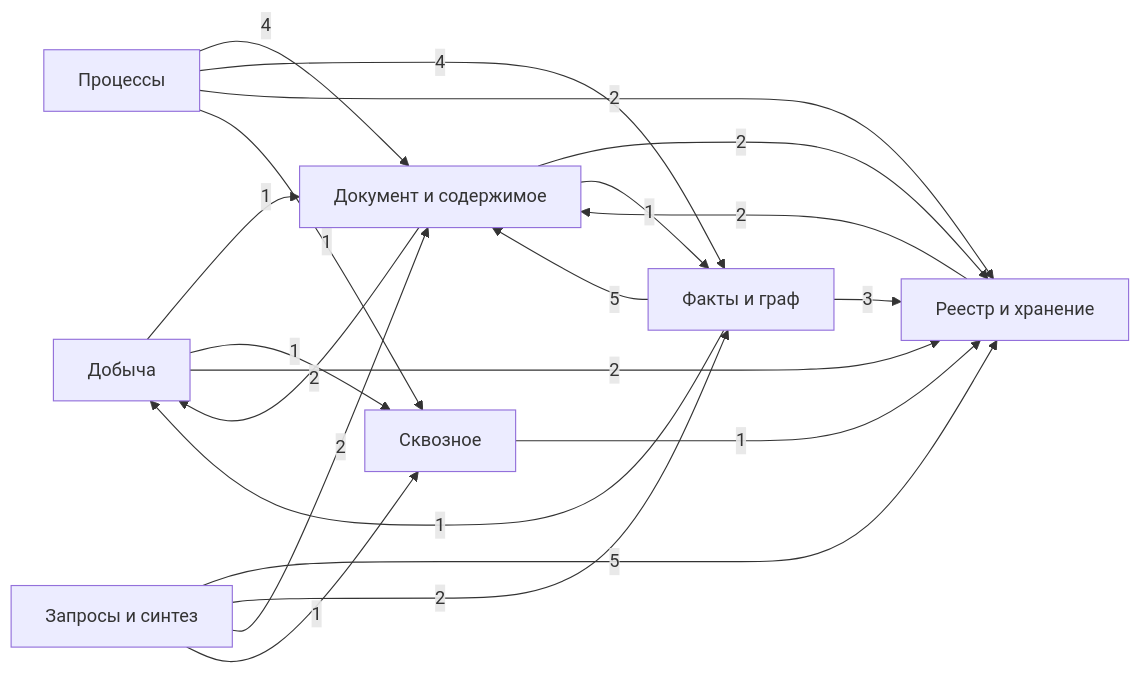
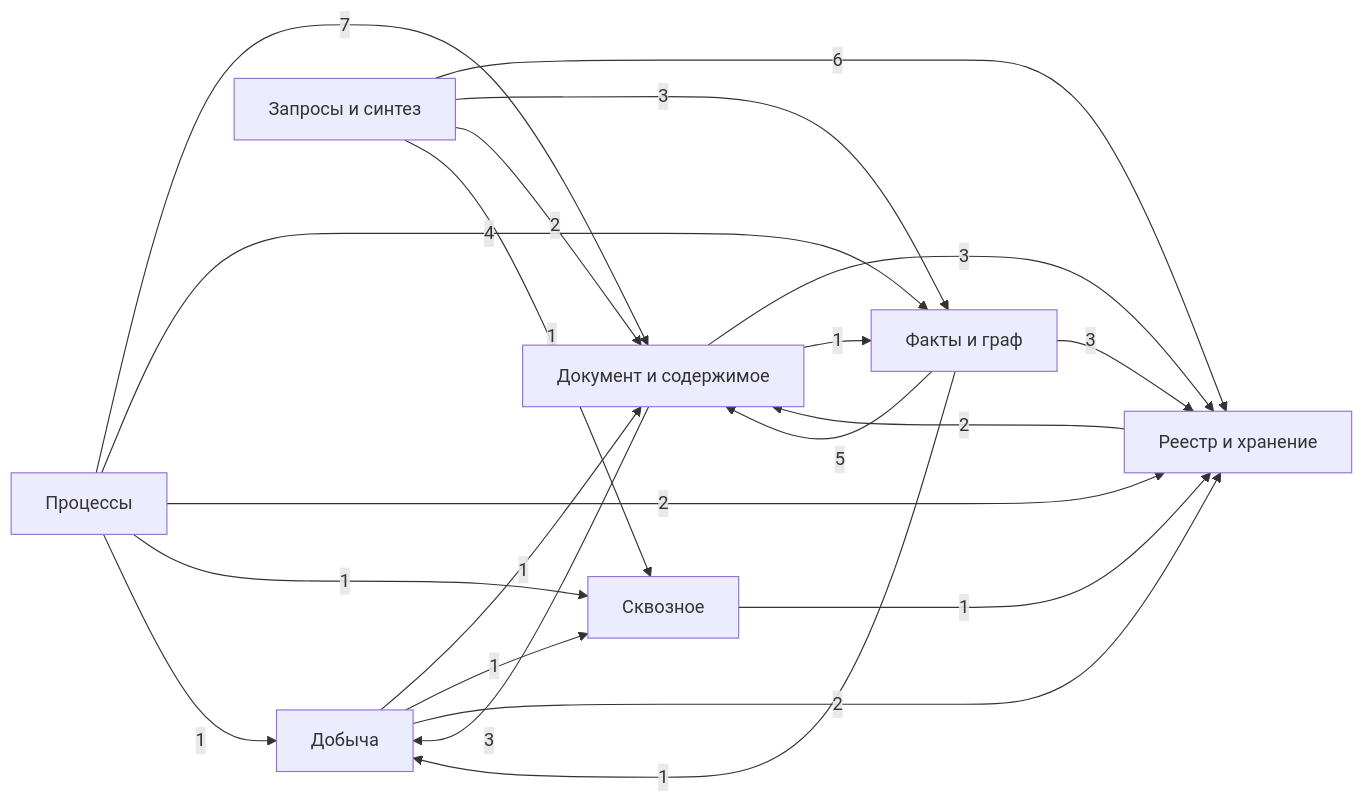
Before and after one commit to HelgDemidov/PretRAGa: the second of 10 diagrams in docs/system_design/design_truth/entity_map.md, drawn with Mermaid. The commit also changed other lines of this file and 11 other files, not shown here.

````diff
--- a/docs/system_design/design_truth/entity_map.md
+++ b/docs/system_design/design_truth/entity_map.md
@@ -15,29 +137,30 @@
 ```mermaid
 flowchart LR
     acquisition["Добыча"]
     content["Документ и содержимое"]
     facts_graph["Факты и граф"]
     storage["Реестр и хранение"]
     processes["Процессы"]
     query_synthesis["Запросы и синтез"]
     cross_cutting["Сквозное"]
     acquisition -- "1" --> content
     acquisition -- "1" --> cross_cutting
-    content -- "2" --> acquisition
-    content -- "2" --> storage
+    content -- "3" --> acquisition
+    content -- "3" --> storage
     content -- "1" --> facts_graph
     facts_graph -- "5" --> content
     facts_graph -- "1" --> acquisition
     facts_graph -- "3" --> storage
     acquisition -- "2" --> storage
     storage -- "2" --> content
-    processes -- "4" --> content
+    processes -- "7" --> content
     processes -- "4" --> facts_graph
     processes -- "2" --> storage
     processes -- "1" --> cross_cutting
-    query_synthesis -- "5" --> storage
-    query_synthesis -- "2" --> facts_graph
+    processes -- "1" --> acquisition
+    query_synthesis -- "6" --> storage
+    query_synthesis -- "3" --> facts_graph
     query_synthesis -- "2" --> content
     query_synthesis -- "1" --> cross_cutting
     cross_cutting -- "1" --> storage
 ```
````
